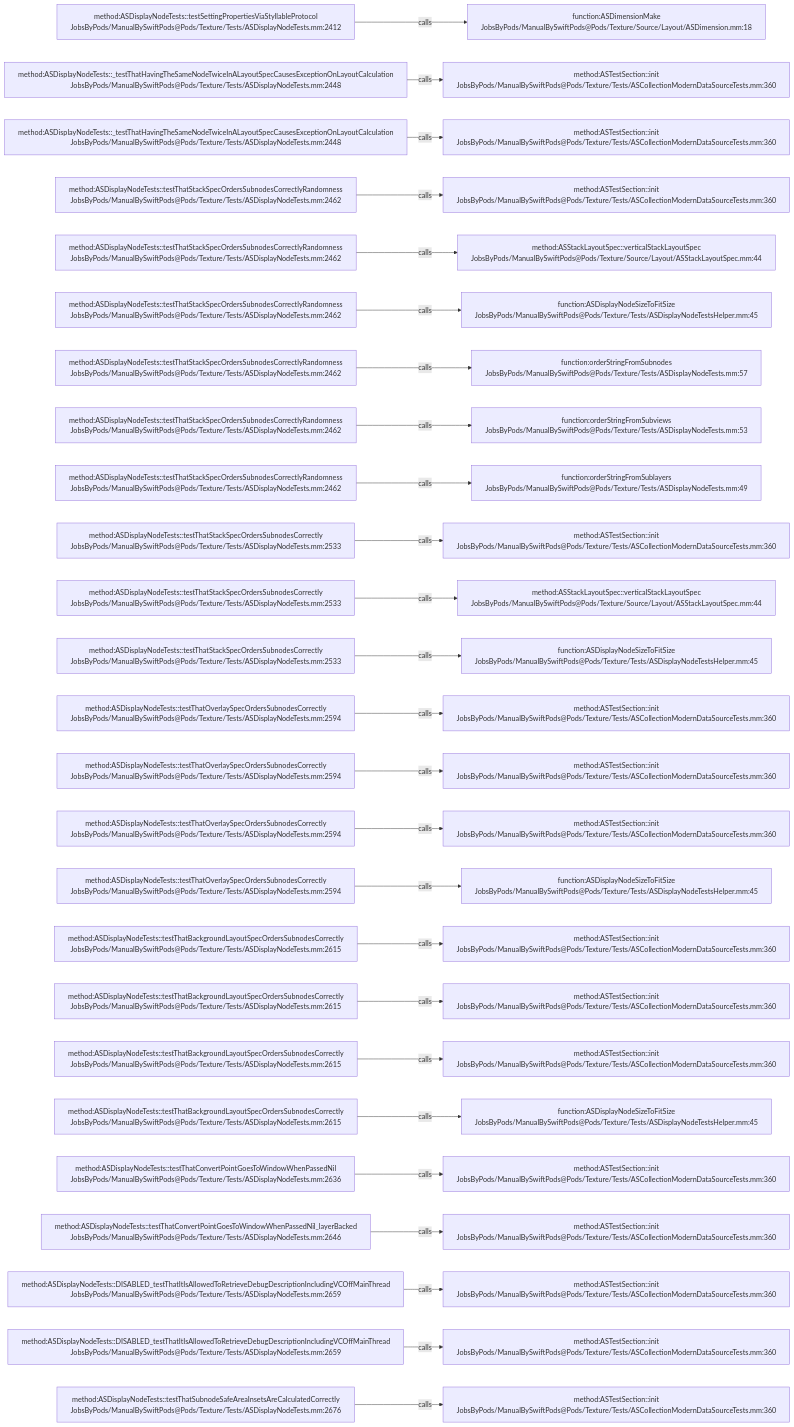
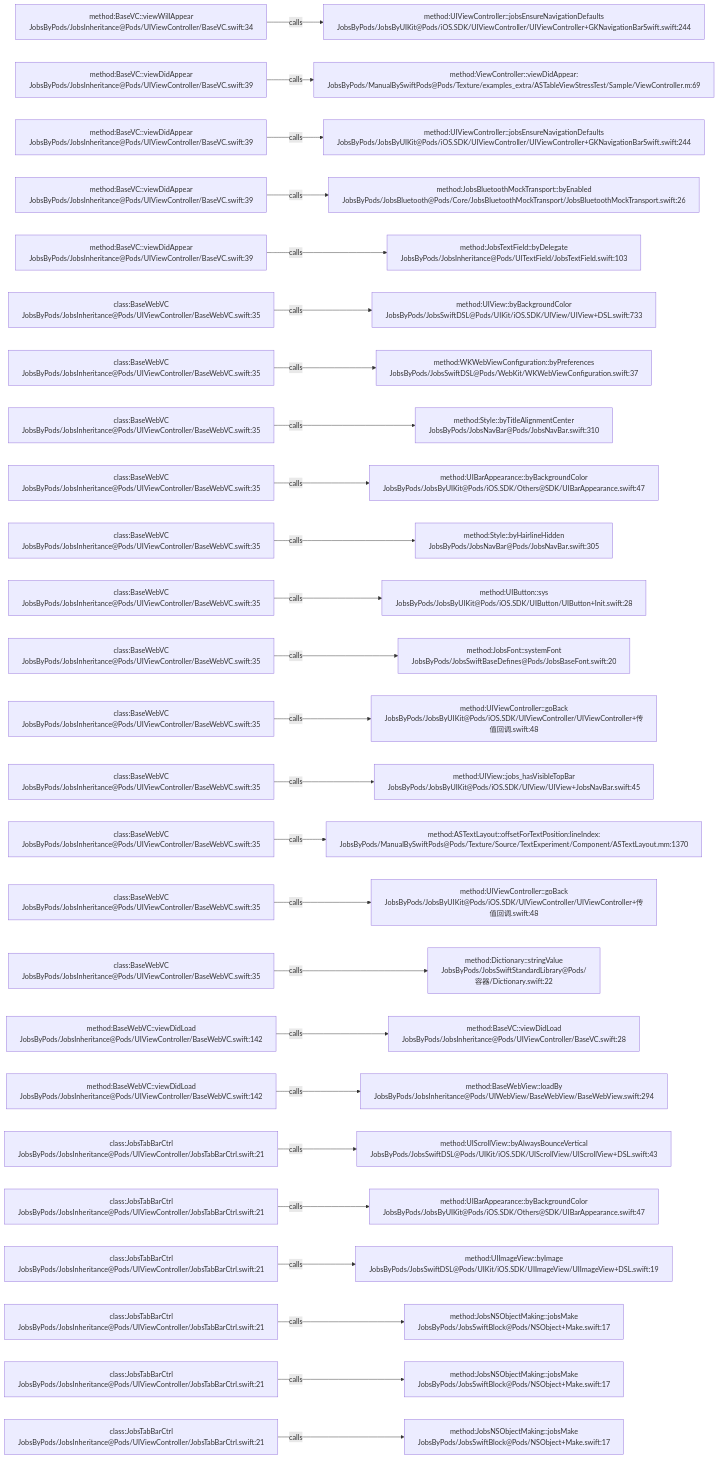
The diagram in .codegraph/codegraph.md/graphs/calls-196.md (JobsKits/JobsSwiftBaseConfigDemo), drawn with Mermaid before and after one commit. The commit also changed 224 other files, not shown here.

````diff
--- a/.codegraph/codegraph.md/graphs/calls-196.md
+++ b/.codegraph/codegraph.md/graphs/calls-196.md
@@ -13,78 +13,78 @@
 ```mermaid
 flowchart LR
-  S1["method:ASDisplayNodeTests::testSettingPropertiesViaStyllableProtocol<br/>JobsByPods/ManualBySwiftPods@Pods/Texture/Tests/ASDisplayNodeTests.mm:2412"]
-  T1["function:ASDimensionMake<br/>JobsByPods/ManualBySwiftPods@Pods/Texture/Source/Layout/ASDimension.mm:18"]
+  S1["method:BaseVC::viewWillAppear<br/>JobsByPods/JobsInheritance@Pods/UIViewController/BaseVC.swift:34"]
+  T1["method:UIViewController::jobsEnsureNavigationDefaults<br/>JobsByPods/JobsByUIKit@Pods/iOS.SDK/UIViewController/UIViewController+GKNavigationBarSwift.swift:244"]
   S1 -->|calls| T1
-  S2["method:ASDisplayNodeTests::_testThatHavingTheSameNodeTwiceInALayoutSpecCausesExceptionOnLayoutCalculation<br/>JobsByPods/ManualBySwiftPods@Pods/Texture/Tests/ASDisplayNodeTests.mm:2448"]
-  T2["method:ASTestSection::init<br/>JobsByPods/ManualBySwiftPods@Pods/Texture/Tests/ASCollectionModernDataSourceTests.mm:360"]
+  S2["method:BaseVC::viewDidAppear<br/>JobsByPods/JobsInheritance@Pods/UIViewController/BaseVC.swift:39"]
+  T2["method:ViewController::viewDidAppear:<br/>JobsByPods/ManualBySwiftPods@Pods/Texture/examples_extra/ASTableViewStressTest/Sample/ViewController.m:69"]
   S2 -->|calls| T2
-  S3["method:ASDisplayNodeTests::_testThatHavingTheSameNodeTwiceInALayoutSpecCausesExceptionOnLayoutCalculation<br/>JobsByPods/ManualBySwiftPods@Pods/Texture/Tests/ASDisplayNodeTests.mm:2448"]
-  T3["method:ASTestSection::init<br/>JobsByPods/ManualBySwiftPods@Pods/Texture/Tests/ASCollectionModernDataSourceTests.mm:360"]
+  S3["method:BaseVC::viewDidAppear<br/>JobsByPods/JobsInheritance@Pods/UIViewController/BaseVC.swift:39"]
+  T3["method:UIViewController::jobsEnsureNavigationDefaults<br/>JobsByPods/JobsByUIKit@Pods/iOS.SDK/UIViewController/UIViewController+GKNavigationBarSwift.swift:244"]
   S3 -->|calls| T3
-  S4["method:ASDisplayNodeTests::testThatStackSpecOrdersSubnodesCorrectlyRandomness<br/>JobsByPods/ManualBySwiftPods@Pods/Texture/Tests/ASDisplayNodeTests.mm:2462"]
-  T4["method:ASTestSection::init<br/>JobsByPods/ManualBySwiftPods@Pods/Texture/Tests/ASCollectionModernDataSourceTests.mm:360"]
+  S4["method:BaseVC::viewDidAppear<br/>JobsByPods/JobsInheritance@Pods/UIViewController/BaseVC.swift:39"]
+  T4["method:JobsBluetoothMockTransport::byEnabled<br/>JobsByPods/JobsBluetooth@Pods/Core/JobsBluetoothMockTransport/JobsBluetoothMockTransport.swift:26"]
   S4 -->|calls| T4
-  S5["method:ASDisplayNodeTests::testThatStackSpecOrdersSubnodesCorrectlyRandomness<br/>JobsByPods/ManualBySwiftPods@Pods/Texture/Tests/ASDisplayNodeTests.mm:2462"]
-  T5["method:ASStackLayoutSpec::verticalStackLayoutSpec<br/>JobsByPods/ManualBySwiftPods@Pods/Texture/Source/Layout/ASStackLayoutSpec.mm:44"]
+  S5["method:BaseVC::viewDidAppear<br/>JobsByPods/JobsInheritance@Pods/UIViewController/BaseVC.swift:39"]
+  T5["method:JobsTextField::byDelegate<br/>JobsByPods/JobsInheritance@Pods/UITextField/JobsTextField.swift:103"]
   S5 -->|calls| T5
-  S6["method:ASDisplayNodeTests::testThatStackSpecOrdersSubnodesCorrectlyRandomness<br/>JobsByPods/ManualBySwiftPods@Pods/Texture/Tests/ASDisplayNodeTests.mm:2462"]
-  T6["function:ASDisplayNodeSizeToFitSize<br/>JobsByPods/ManualBySwiftPods@Pods/Texture/Tests/ASDisplayNodeTestsHelper.mm:45"]
+  S6["class:BaseWebVC<br/>JobsByPods/JobsInheritance@Pods/UIViewController/BaseWebVC.swift:35"]
+  T6["method:UIView::byBackgroundColor<br/>JobsByPods/JobsSwiftDSL@Pods/UIKit/iOS.SDK/UIView/UIView+DSL.swift:733"]
   S6 -->|calls| T6
-  S7["method:ASDisplayNodeTests::testThatStackSpecOrdersSubnodesCorrectlyRandomness<br/>JobsByPods/ManualBySwiftPods@Pods/Texture/Tests/ASDisplayNodeTests.mm:2462"]
-  T7["function:orderStringFromSubnodes<br/>JobsByPods/ManualBySwiftPods@Pods/Texture/Tests/ASDisplayNodeTests.mm:57"]
+  S7["class:BaseWebVC<br/>JobsByPods/JobsInheritance@Pods/UIViewController/BaseWebVC.swift:35"]
+  T7["method:WKWebViewConfiguration::byPreferences<br/>JobsByPods/JobsSwiftDSL@Pods/WebKit/WKWebViewConfiguration.swift:37"]
   S7 -->|calls| T7
-  S8["method:ASDisplayNodeTests::testThatStackSpecOrdersSubnodesCorrectlyRandomness<br/>JobsByPods/ManualBySwiftPods@Pods/Texture/Tests/ASDisplayNodeTests.mm:2462"]
-  T8["function:orderStringFromSubviews<br/>JobsByPods/ManualBySwiftPods@Pods/Texture/Tests/ASDisplayNodeTests.mm:53"]
+  S8["class:BaseWebVC<br/>JobsByPods/JobsInheritance@Pods/UIViewController/BaseWebVC.swift:35"]
+  T8["method:Style::byTitleAlignmentCenter<br/>JobsByPods/JobsNavBar@Pods/JobsNavBar.swift:310"]
   S8 -->|calls| T8
-  S9["method:ASDisplayNodeTests::testThatStackSpecOrdersSubnodesCorrectlyRandomness<br/>JobsByPods/ManualBySwiftPods@Pods/Texture/Tests/ASDisplayNodeTests.mm:2462"]
-  T9["function:orderStringFromSublayers<br/>JobsByPods/ManualBySwiftPods@Pods/Texture/Tests/ASDisplayNodeTests.mm:49"]
+  S9["class:BaseWebVC<br/>JobsByPods/JobsInheritance@Pods/UIViewController/BaseWebVC.swift:35"]
+  T9["method:UIBarAppearance::byBackgroundColor<br/>JobsByPods/JobsByUIKit@Pods/iOS.SDK/Others@SDK/UIBarAppearance.swift:47"]
   S9 -->|calls| T9
-  S10["method:ASDisplayNodeTests::testThatStackSpecOrdersSubnodesCorrectly<br/>JobsByPods/ManualBySwiftPods@Pods/Texture/Tests/ASDisplayNodeTests.mm:2533"]
-  T10["method:ASTestSection::init<br/>JobsByPods/ManualBySwiftPods@Pods/Texture/Tests/ASCollectionModernDataSourceTests.mm:360"]
+  S10["class:BaseWebVC<br/>JobsByPods/JobsInheritance@Pods/UIViewController/BaseWebVC.swift:35"]
+  T10["method:Style::byHairlineHidden<br/>JobsByPods/JobsNavBar@Pods/JobsNavBar.swift:305"]
   S10 -->|calls| T10
-  S11["method:ASDisplayNodeTests::testThatStackSpecOrdersSubnodesCorrectly<br/>JobsByPods/ManualBySwiftPods@Pods/Texture/Tests/ASDisplayNodeTests.mm:2533"]
-  T11["method:ASStackLayoutSpec::verticalStackLayoutSpec<br/>JobsByPods/ManualBySwiftPods@Pods/Texture/Source/Layout/ASStackLayoutSpec.mm:44"]
+  S11["class:BaseWebVC<br/>JobsByPods/JobsInheritance@Pods/UIViewController/BaseWebVC.swift:35"]
+  T11["method:UIButton::sys<br/>JobsByPods/JobsByUIKit@Pods/iOS.SDK/UIButton/UIButton+Init.swift:28"]
   S11 -->|calls| T11
-  S12["method:ASDisplayNodeTests::testThatStackSpecOrdersSubnodesCorrectly<br/>JobsByPods/ManualBySwiftPods@Pods/Texture/Tests/ASDisplayNodeTests.mm:2533"]
-  T12["function:ASDisplayNodeSizeToFitSize<br/>JobsByPods/ManualBySwiftPods@Pods/Texture/Tests/ASDisplayNodeTestsHelper.mm:45"]
+  S12["class:BaseWebVC<br/>JobsByPods/JobsInheritance@Pods/UIViewController/BaseWebVC.swift:35"]
+  T12["method:JobsFont::systemFont<br/>JobsByPods/JobsSwiftBaseDefines@Pods/JobsBaseFont.swift:20"]
   S12 -->|calls| T12
-  S13["method:ASDisplayNodeTests::testThatOverlaySpecOrdersSubnodesCorrectly<br/>JobsByPods/ManualBySwiftPods@Pods/Texture/Tests/ASDisplayNodeTests.mm:2594"]
-  T13["method:ASTestSection::init<br/>JobsByPods/ManualBySwiftPods@Pods/Texture/Tests/ASCollectionModernDataSourceTests.mm:360"]
+  S13["class:BaseWebVC<br/>JobsByPods/JobsInheritance@Pods/UIViewController/BaseWebVC.swift:35"]
+  T13["method:UIViewController::goBack<br/>JobsByPods/JobsByUIKit@Pods/iOS.SDK/UIViewController/UIViewController+传值回调.swift:48"]
   S13 -->|calls| T13
-  S14["method:ASDisplayNodeTests::testThatOverlaySpecOrdersSubnodesCorrectly<br/>JobsByPods/ManualBySwiftPods@Pods/Texture/Tests/ASDisplayNodeTests.mm:2594"]
-  T14["method:ASTestSection::init<br/>JobsByPods/ManualBySwiftPods@Pods/Texture/Tests/ASCollectionModernDataSourceTests.mm:360"]
+  S14["class:BaseWebVC<br/>JobsByPods/JobsInheritance@Pods/UIViewController/BaseWebVC.swift:35"]
+  T14["method:UIView::jobs_hasVisibleTopBar<br/>JobsByPods/JobsByUIKit@Pods/iOS.SDK/UIView/UIView+JobsNavBar.swift:45"]
   S14 -->|calls| T14
-  S15["method:ASDisplayNodeTests::testThatOverlaySpecOrdersSubnodesCorrectly<br/>JobsByPods/ManualBySwiftPods@Pods/Texture/Tests/ASDisplayNodeTests.mm:2594"]
-  T15["method:ASTestSection::init<br/>JobsByPods/ManualBySwiftPods@Pods/Texture/Tests/ASCollectionModernDataSourceTests.mm:360"]
+  S15["class:BaseWebVC<br/>JobsByPods/JobsInheritance@Pods/UIViewController/BaseWebVC.swift:35"]
+  T15["method:ASTextLayout::offsetForTextPosition:lineIndex:<br/>JobsByPods/ManualBySwiftPods@Pods/Texture/Source/TextExperiment/Component/ASTextLayout.mm:1370"]
   S15 -->|calls| T15
-  S16["method:ASDisplayNodeTests::testThatOverlaySpecOrdersSubnodesCorrectly<br/>JobsByPods/ManualBySwiftPods@Pods/Texture/Tests/ASDisplayNodeTests.mm:2594"]
-  T16["function:ASDisplayNodeSizeToFitSize<br/>JobsByPods/ManualBySwiftPods@Pods/Texture/Tests/ASDisplayNodeTestsHelper.mm:45"]
+  S16["class:BaseWebVC<br/>JobsByPods/JobsInheritance@Pods/UIViewController/BaseWebVC.swift:35"]
+  T16["method:UIViewController::goBack<br/>JobsByPods/JobsByUIKit@Pods/iOS.SDK/UIViewController/UIViewController+传值回调.swift:48"]
   S16 -->|calls| T16
-  S17["method:ASDisplayNodeTests::testThatBackgroundLayoutSpecOrdersSubnodesCorrectly<br/>JobsByPods/ManualBySwiftPods@Pods/Texture/Tests/ASDisplayNodeTests.mm:2615"]
-  T17["method:ASTestSection::init<br/>JobsByPods/ManualBySwiftPods@Pods/Texture/Tests/ASCollectionModernDataSourceTests.mm:360"]
+  S17["class:BaseWebVC<br/>JobsByPods/JobsInheritance@Pods/UIViewController/BaseWebVC.swift:35"]
+  T17["method:Dictionary::stringValue<br/>JobsByPods/JobsSwiftStandardLibrary@Pods/容器/Dictionary.swift:22"]
   S17 -->|calls| T17
-  S18["method:ASDisplayNodeTests::testThatBackgroundLayoutSpecOrdersSubnodesCorrectly<br/>JobsByPods/ManualBySwiftPods@Pods/Texture/Tests/ASDisplayNodeTests.mm:2615"]
-  T18["method:ASTestSection::init<br/>JobsByPods/ManualBySwiftPods@Pods/Texture/Tests/ASCollectionModernDataSourceTests.mm:360"]
+  S18["method:BaseWebVC::viewDidLoad<br/>JobsByPods/JobsInheritance@Pods/UIViewController/BaseWebVC.swift:142"]
+  T18["method:BaseVC::viewDidLoad<br/>JobsByPods/JobsInheritance@Pods/UIViewController/BaseVC.swift:28"]
   S18 -->|calls| T18
-  S19["method:ASDisplayNodeTests::testThatBackgroundLayoutSpecOrdersSubnodesCorrectly<br/>JobsByPods/ManualBySwiftPods@Pods/Texture/Tests/ASDisplayNodeTests.mm:2615"]
-  T19["method:ASTestSection::init<br/>JobsByPods/ManualBySwiftPods@Pods/Texture/Tests/ASCollectionModernDataSourceTests.mm:360"]
+  S19["method:BaseWebVC::viewDidLoad<br/>JobsByPods/JobsInheritance@Pods/UIViewController/BaseWebVC.swift:142"]
+  T19["method:BaseWebView::loadBy<br/>JobsByPods/JobsInheritance@Pods/UIWebView/BaseWebView/BaseWebView.swift:294"]
   S19 -->|calls| T19
-  S20["method:ASDisplayNodeTests::testThatBackgroundLayoutSpecOrdersSubnodesCorrectly<br/>JobsByPods/ManualBySwiftPods@Pods/Texture/Tests/ASDisplayNodeTests.mm:2615"]
-  T20["function:ASDisplayNodeSizeToFitSize<br/>JobsByPods/ManualBySwiftPods@Pods/Texture/Tests/ASDisplayNodeTestsHelper.mm:45"]
+  S20["class:JobsTabBarCtrl<br/>JobsByPods/JobsInheritance@Pods/UIViewController/JobsTabBarCtrl.swift:21"]
+  T20["method:UIScrollView::byAlwaysBounceVertical<br/>JobsByPods/JobsSwiftDSL@Pods/UIKit/iOS.SDK/UIScrollView/UIScrollView+DSL.swift:43"]
   S20 -->|calls| T20
-  S21["method:ASDisplayNodeTests::testThatConvertPointGoesToWindowWhenPassedNil<br/>JobsByPods/ManualBySwiftPods@Pods/Texture/Tests/ASDisplayNodeTests.mm:2636"]
-  T21["method:ASTestSection::init<br/>JobsByPods/ManualBySwiftPods@Pods/Texture/Tests/ASCollectionModernDataSourceTests.mm:360"]
+  S21["class:JobsTabBarCtrl<br/>JobsByPods/JobsInheritance@Pods/UIViewController/JobsTabBarCtrl.swift:21"]
+  T21["method:UIBarAppearance::byBackgroundColor<br/>JobsByPods/JobsByUIKit@Pods/iOS.SDK/Others@SDK/UIBarAppearance.swift:47"]
   S21 -->|calls| T21
-  S22["method:ASDisplayNodeTests::testThatConvertPointGoesToWindowWhenPassedNil_layerBacked<br/>JobsByPods/ManualBySwiftPods@Pods/Texture/Tests/ASDisplayNodeTests.mm:2646"]
-  T22["method:ASTestSection::init<br/>JobsByPods/ManualBySwiftPods@Pods/Texture/Tests/ASCollectionModernDataSourceTests.mm:360"]
+  S22["class:JobsTabBarCtrl<br/>JobsByPods/JobsInheritance@Pods/UIViewController/JobsTabBarCtrl.swift:21"]
+  T22["method:UIImageView::byImage<br/>JobsByPods/JobsSwiftDSL@Pods/UIKit/iOS.SDK/UIImageView/UIImageView+DSL.swift:19"]
   S22 -->|calls| T22
-  S23["method:ASDisplayNodeTests::DISABLED_testThatItIsAllowedToRetrieveDebugDescriptionIncludingVCOffMainThread<br/>JobsByPods/ManualBySwiftPods@Pods/Texture/Tests/ASDisplayNodeTests.mm:2659"]
-  T23["method:ASTestSection::init<br/>JobsByPods/ManualBySwiftPods@Pods/Texture/Tests/ASCollectionModernDataSourceTests.mm:360"]
+  S23["class:JobsTabBarCtrl<br/>JobsByPods/JobsInheritance@Pods/UIViewController/JobsTabBarCtrl.swift:21"]
+  T23["method:JobsNSObjectMaking::jobsMake<br/>JobsByPods/JobsSwiftBlock@Pods/NSObject+Make.swift:17"]
   S23 -->|calls| T23
-  S24["method:ASDisplayNodeTests::DISABLED_testThatItIsAllowedToRetrieveDebugDescriptionIncludingVCOffMainThread<br/>JobsByPods/ManualBySwiftPods@Pods/Texture/Tests/ASDisplayNodeTests.mm:2659"]
-  T24["method:ASTestSection::init<br/>JobsByPods/ManualBySwiftPods@Pods/Texture/Tests/ASCollectionModernDataSourceTests.mm:360"]
+  S24["class:JobsTabBarCtrl<br/>JobsByPods/JobsInheritance@Pods/UIViewController/JobsTabBarCtrl.swift:21"]
+  T24["method:JobsNSObjectMaking::jobsMake<br/>JobsByPods/JobsSwiftBlock@Pods/NSObject+Make.swift:17"]
   S24 -->|calls| T24
-  S25["method:ASDisplayNodeTests::testThatSubnodeSafeAreaInsetsAreCalculatedCorrectly<br/>JobsByPods/ManualBySwiftPods@Pods/Texture/Tests/ASDisplayNodeTests.mm:2676"]
-  T25["method:ASTestSection::init<br/>JobsByPods/ManualBySwiftPods@Pods/Texture/Tests/ASCollectionModernDataSourceTests.mm:360"]
+  S25["class:JobsTabBarCtrl<br/>JobsByPods/JobsInheritance@Pods/UIViewController/JobsTabBarCtrl.swift:21"]
+  T25["method:JobsNSObjectMaking::jobsMake<br/>JobsByPods/JobsSwiftBlock@Pods/NSObject+Make.swift:17"]
   S25 -->|calls| T25
 ```
````
